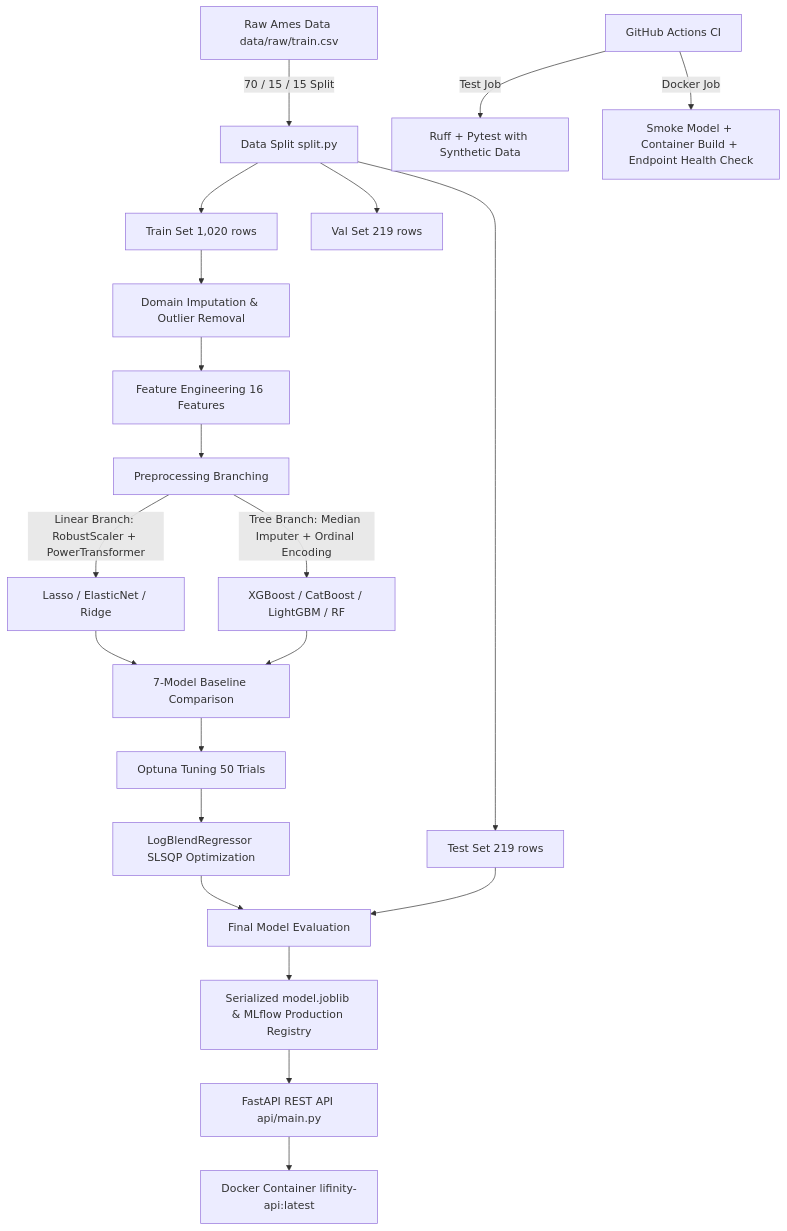
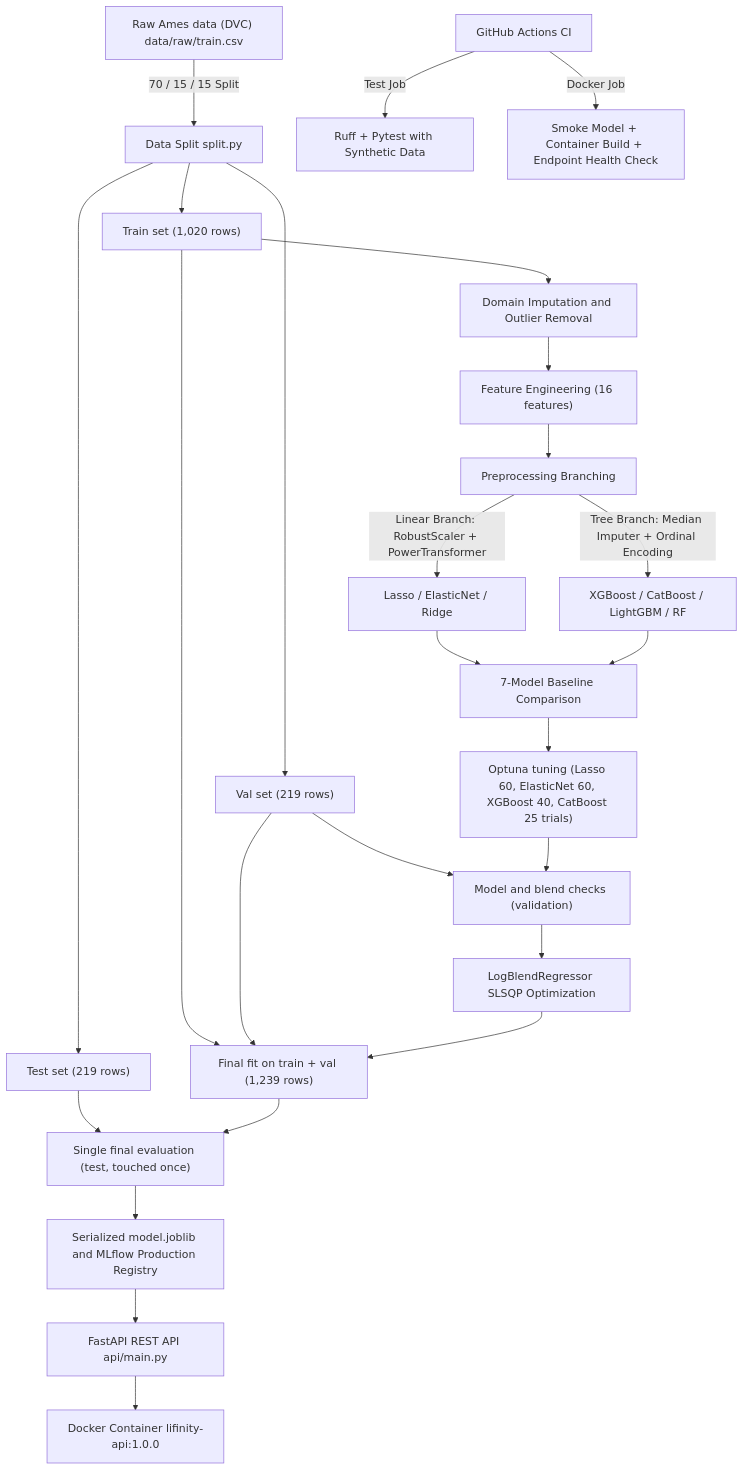
Before and after one commit to Shreepriyamurugan/houseprice-prediction: the diagram in README.md, drawn with Mermaid. The commit also changed other lines of this file and 1 other file, not shown here.

Commit message:
README: fix architecture diagram and remove hard-coded numbers

````diff
--- a/README.md
+++ b/README.md
@@ -30,28 +30,36 @@
 ```mermaid
 flowchart TD
-    A[Raw Ames Data data/raw/train.csv] -->|70 / 15 / 15 Split| B[Data Split split.py]
-    B --> C[Train Set 1,020 rows]
-    B --> D[Val Set 219 rows]
-    B --> E[Test Set 219 rows]
+    A["Raw Ames data (DVC) data/raw/train.csv"] -->|"70 / 15 / 15 Split"| B["Data Split split.py"]
+    B --> C["Train set (1,020 rows)"]
+    B --> D["Val set (219 rows)"]
+    B --> E["Test set (219 rows)"]
     
-    C --> F[Domain Imputation & Outlier Removal]
-    F --> G[Feature Engineering 16 Features]
-    G --> H[Preprocessing Branching]
+    C --> F["Domain Imputation and Outlier Removal"]
+    F --> G["Feature Engineering (16 features)"]
+    G --> H["Preprocessing Branching"]
     
-    H -->|Linear Branch: RobustScaler + PowerTransformer| I[Lasso / ElasticNet / Ridge]
-    H -->|Tree Branch: Median Imputer + Ordinal Encoding| J[XGBoost / CatBoost / LightGBM / RF]
+    H -->|"Linear Branch: RobustScaler + PowerTransformer"| I["Lasso / ElasticNet / Ridge"]
+    H -->|"Tree Branch: Median Imputer + Ordinal Encoding"| J["XGBoost / CatBoost / LightGBM / RF"]
     
-    I & J --> K[7-Model Baseline Comparison]
-    K --> L[Optuna Tuning 50 Trials]
-    L --> M[LogBlendRegressor SLSQP Optimization]
+    I --> K["7-Model Baseline Comparison"]
+    J --> K
+    K --> L["Optuna tuning (Lasso 60, ElasticNet 60, XGBoost 40, CatBoost 25 trials)"]
     
-    M --> N[Final Model Evaluation]
-    E --> N
+    D --> M["Model and blend checks (validation)"]
+    L --> M
+    M --> N["LogBlendRegressor SLSQP Optimization"]
     
-    N --> O[Serialized model.joblib & MLflow Production Registry]
-    O --> P[FastAPI REST API api/main.py]
-    P --> Q[Docker Container lifinity-api:latest]
+    C --> O["Final fit on train + val (1,239 rows)"]
+    D --> O
+    N --> O
     
-    R[GitHub Actions CI] -->|Test Job| S[Ruff + Pytest with Synthetic Data]
-    R -->|Docker Job| T[Smoke Model + Container Build + Endpoint Health Check]
+    E --> P["Single final evaluation (test, touched once)"]
+    O --> P
+    
+    P --> Q["Serialized model.joblib and MLflow Production Registry"]
+    Q --> R["FastAPI REST API api/main.py"]
+    R --> S["Docker Container lifinity-api:1.0.0"]
+    
+    T["GitHub Actions CI"] -->|"Test Job"| U["Ruff + Pytest with Synthetic Data"]
+    T -->|"Docker Job"| V["Smoke Model + Container Build + Endpoint Health Check"]
 ```
````
